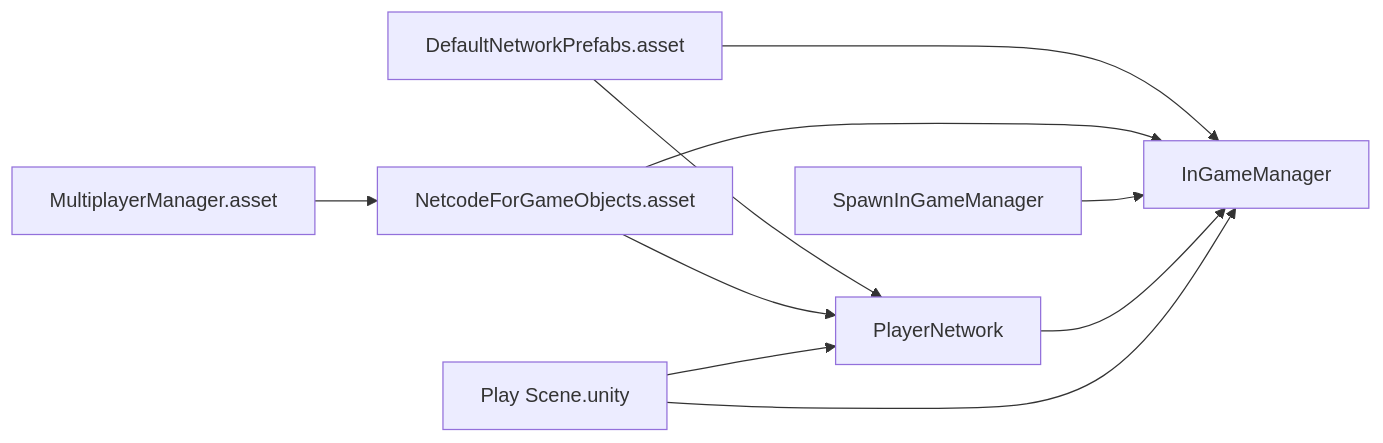
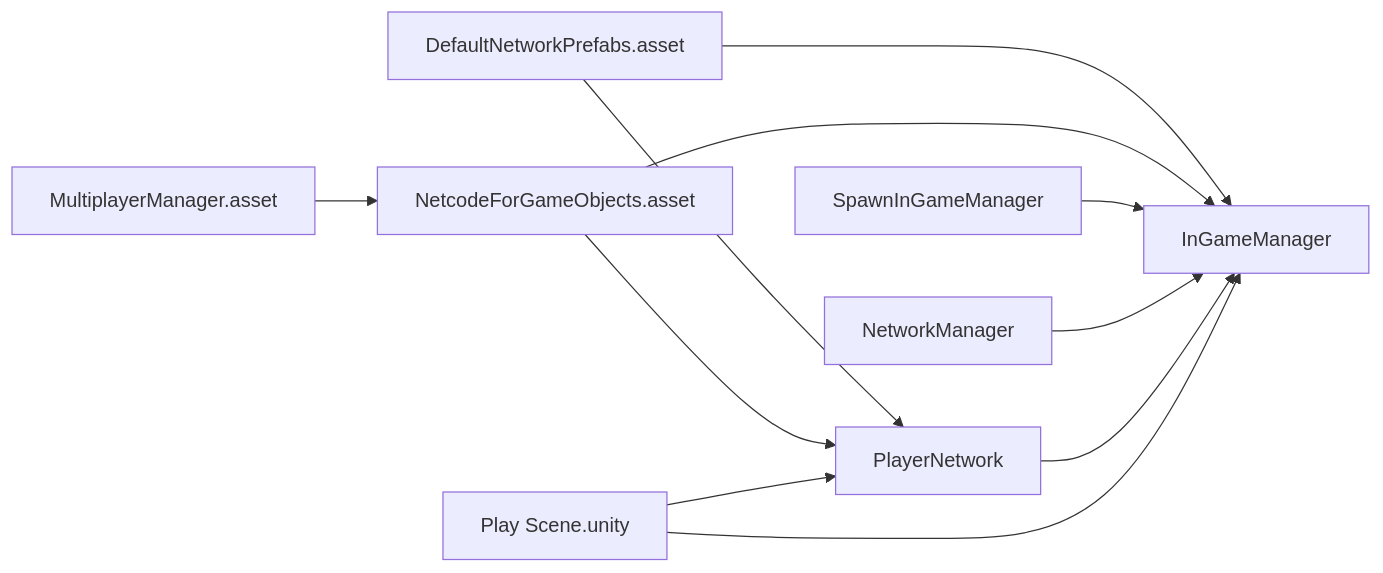
The seventh of 7 diagrams in .qoder/repowiki/en/content/Multiplayer System/Multiplayer System.md (kandeng/AI-Controlled-battle-game), drawn with Mermaid before and after one commit. The commit also changed other lines of this file and 376 other files, not shown here.

````diff
--- a/.qoder/repowiki/en/content/Multiplayer System/Multiplayer System.md
+++ b/.qoder/repowiki/en/content/Multiplayer System/Multiplayer System.md
@@ -288,19 +294,21 @@
 ```mermaid
 graph LR
 DNP["DefaultNetworkPrefabs.asset"]
 NFG["NetcodeForGameObjects.asset"]
 MPM["MultiplayerManager.asset"]
 PN["PlayerNetwork"]
 IG["InGameManager"]
 SPM["SpawnInGameManager"]
 PS["Play Scene.unity"]
+NM["NetworkManager"]
 DNP --> PN
 DNP --> IG
 NFG --> PN
 NFG --> IG
 MPM --> NFG
 SPM --> IG
+NM --> IG
 PN --> IG
 PS --> PN
 PS --> IG
 ```
````
